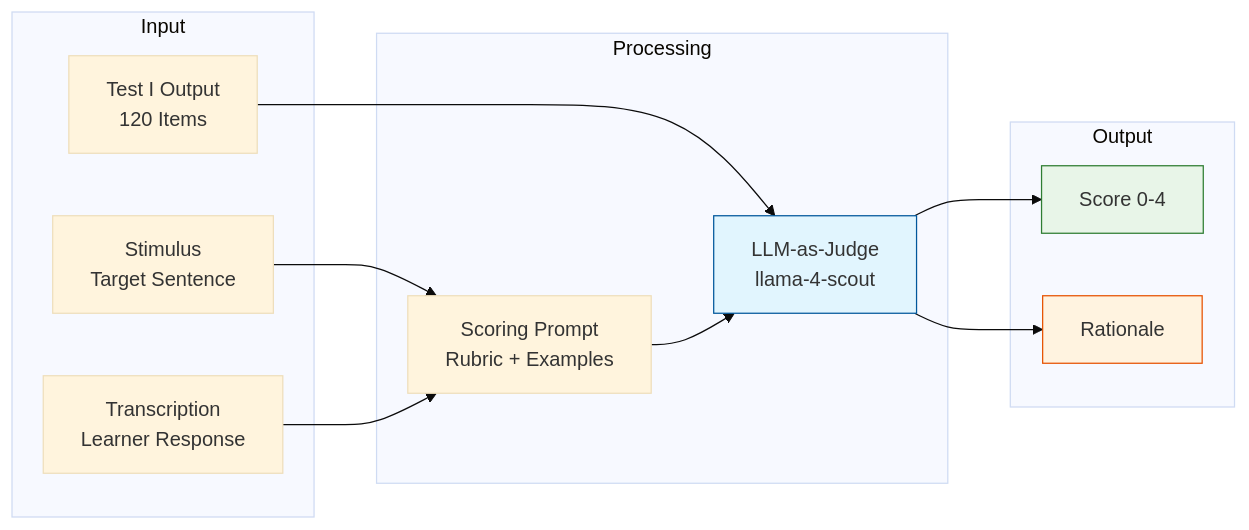
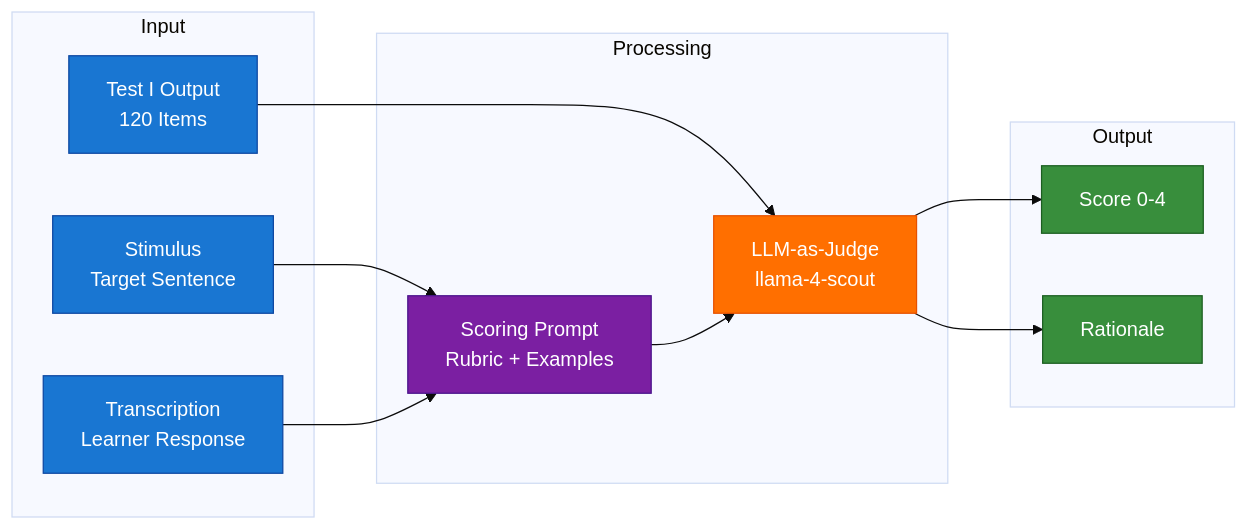
Before and after one commit to jbanmol/autoEIT-audio-transcription-jbanmol9: the first of 2 diagrams in test2_scoring/README.md, drawn with Mermaid (base theme). The commit also changed other lines of this file and 1 other file, not shown here.

Commit message:
docs: improve Mermaid diagram colors for better visibility

````diff
--- a/test2_scoring/README.md
+++ b/test2_scoring/README.md
@@ -29,29 +29,33 @@
 ```mermaid
 flowchart LR
     subgraph Input
         A[Test I Output<br/>120 Items]
         B[Stimulus<br/>Target Sentence]
         C[Transcription<br/>Learner Response]
     end
     
     subgraph Processing
-        D[LLM-as-Judge<br/>llama-4-scout]
-        E[Scoring Prompt<br/>Rubric + Examples]
+        D["LLM-as-Judge<br/>llama-4-scout"]
+        E["Scoring Prompt<br/>Rubric + Examples"]
     end
     
     subgraph Output
-        F[Score 0-4]
-        G[Rationale]
+        F["Score 0-4"]
+        G["Rationale"]
     end
     
     A --> D
     B --> E
     C --> E
     E --> D
     D --> F
     D --> G
     
-    style D fill:#e1f5fe,stroke:#01579b
-    style F fill:#e8f5e8,stroke:#2e7d32
-    style G fill:#fff3e0,stroke:#e65100
+    style A fill:#1976D2,stroke:#0D47A1,color:#fff
+    style B fill:#1976D2,stroke:#0D47A1,color:#fff
+    style C fill:#1976D2,stroke:#0D47A1,color:#fff
+    style D fill:#FF6F00,stroke:#E65100,color:#fff
+    style E fill:#7B1FA2,stroke:#4A148C,color:#fff
+    style F fill:#388E3C,stroke:#1B5E20,color:#fff
+    style G fill:#388E3C,stroke:#1B5E20,color:#fff
 ```
````
